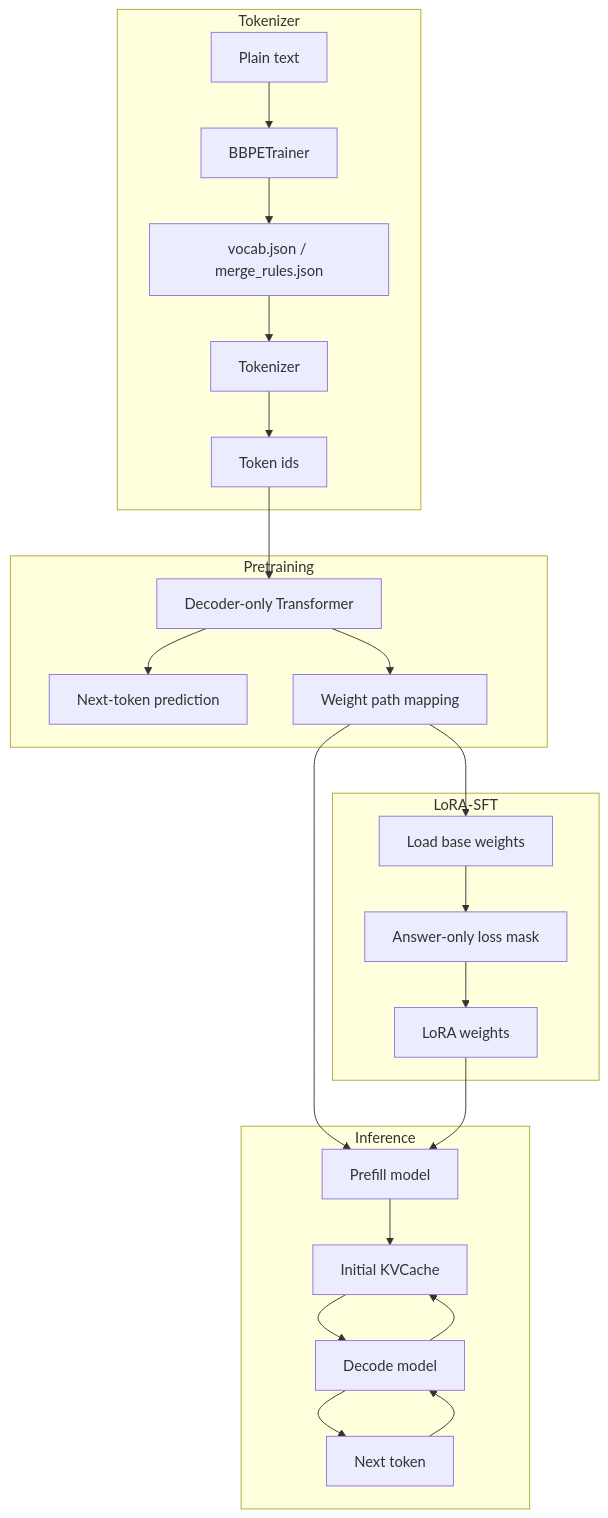
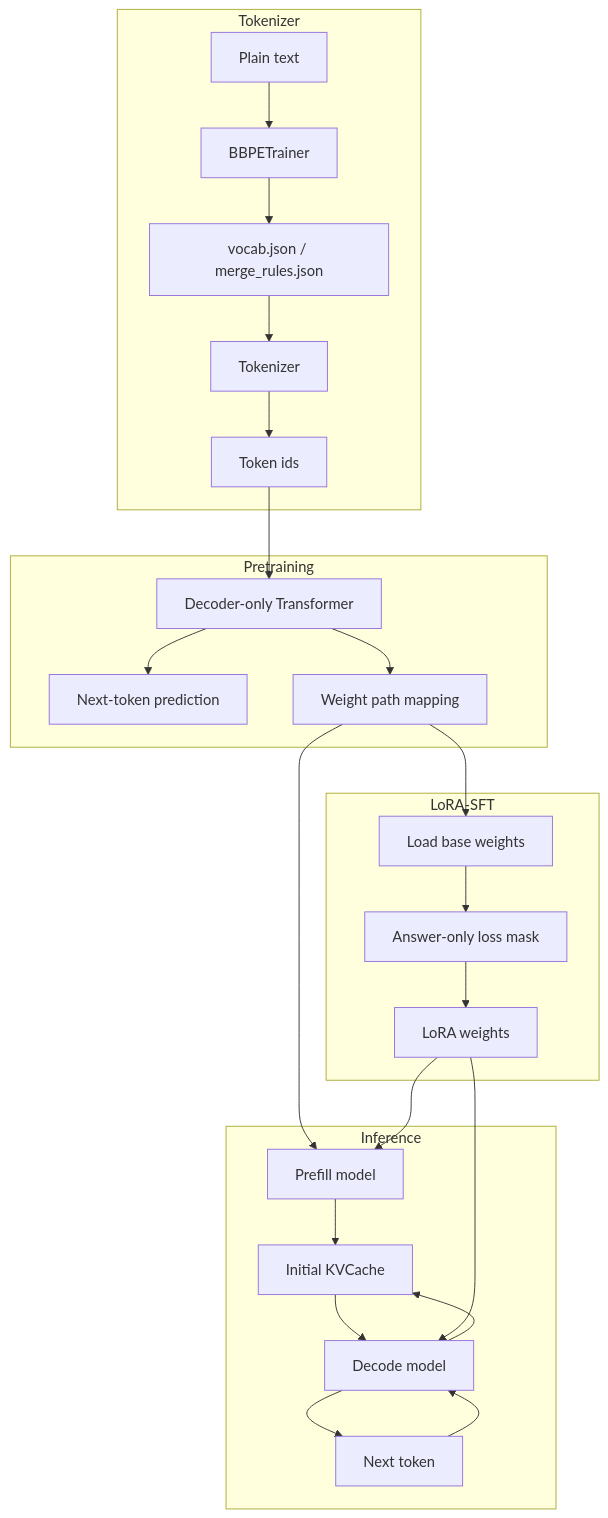
One commit to huzhen-ah/mini-llm-demo changed the diagram in README.md. Above: the diagram before and after it, drawn with Mermaid. The commit also changed other lines of this file and 8 other files, not shown here.

````diff
--- a/README.md
+++ b/README.md
@@ -16,31 +16,32 @@
 ```mermaid
 flowchart TB
     subgraph T["Tokenizer"]
         A["Plain text"] --> B["BBPETrainer"]
         B --> C["vocab.json / merge_rules.json"]
         C --> D["Tokenizer"]
         D --> E["Token ids"]
     end
 
     subgraph P["Pretraining"]
         E --> F["Decoder-only Transformer"]
         F --> G["Next-token prediction"]
         F --> H["Weight path mapping"]
     end
 
     subgraph S["LoRA-SFT"]
         H --> N["Load base weights"]
         N --> O["Answer-only loss mask"]
         O --> Q["LoRA weights"]
     end
 
     subgraph I["Inference"]
         H --> J["Prefill model"]
         Q --> J
         J --> K["Initial KVCache"]
         K --> L["Decode model"]
+        Q --> L
         L --> M["Next token"]
         M --> L
         L --> K
     end
 ```
````
